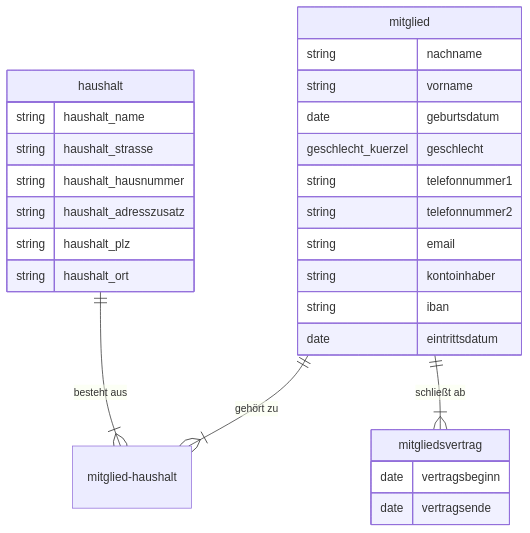
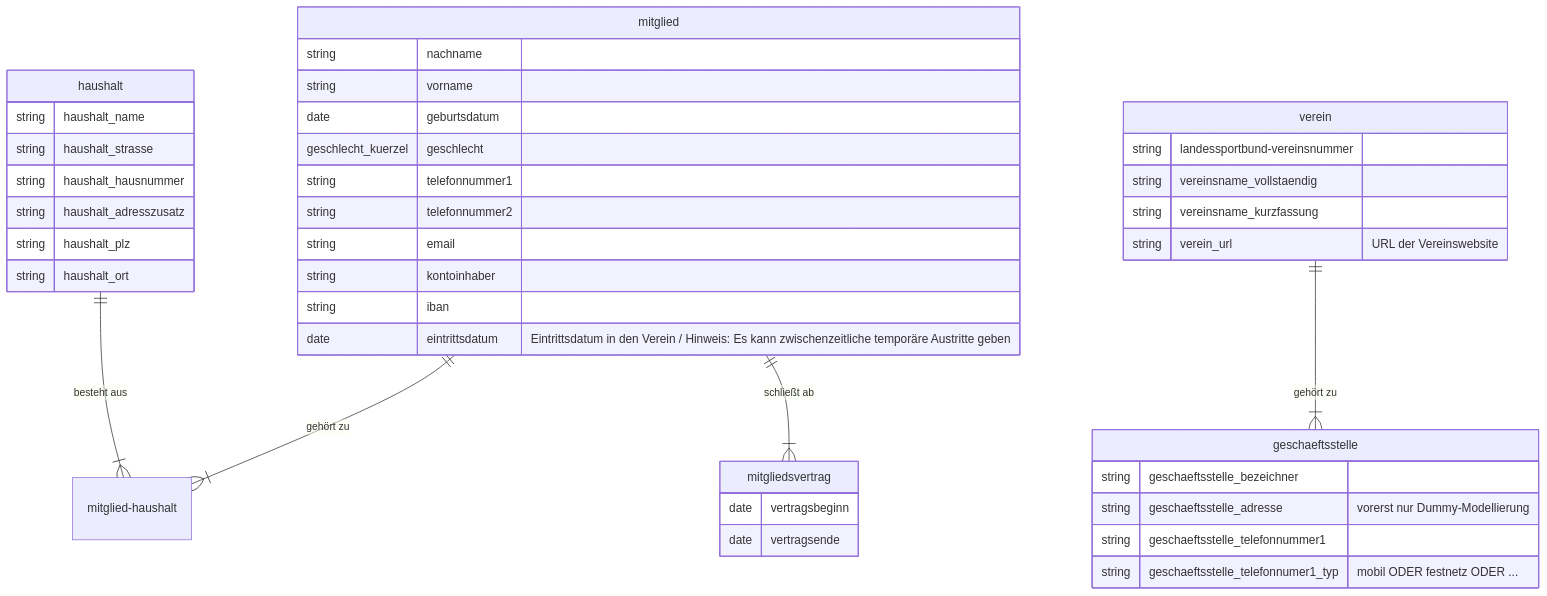
The diagram in database-schema/sportyweb-schema.md (Lehrstuhl-BWL-EvIS/sportyweb), drawn with Mermaid before and after one commit.

````diff
--- a/database-schema/sportyweb-schema.md
+++ b/database-schema/sportyweb-schema.md
@@ -28,34 +28,52 @@
 ```mermaid
 erDiagram
           mitglied ||--|{ mitglied-haushalt : "gehört zu"
           haushalt ||--|{ mitglied-haushalt : "besteht aus"
           mitglied ||--|{ mitgliedsvertrag : "schließt ab"
           
 
           mitglied {
             string nachname
             string vorname
             date geburtsdatum
             geschlecht_kuerzel geschlecht
             string telefonnummer1
             string telefonnummer2
             string email
             string kontoinhaber
             string iban
-            date eintrittsdatum
+            date eintrittsdatum "Eintrittsdatum in den Verein / Hinweis: Es kann zwischenzeitliche temporäre Austritte geben"
           }
 
           haushalt {
             string haushalt_name
             string haushalt_strasse
             string haushalt_hausnummer
             string haushalt_adresszusatz
             string haushalt_plz
             string haushalt_ort
           }
 
           mitgliedsvertrag {
             date vertragsbeginn
             date vertragsende
           }
+
+
+
+          verein ||--|{ geschaeftsstelle : "gehört zu"
+
+          verein {
+            string landessportbund-vereinsnummer
+            string vereinsname_vollstaendig
+            string vereinsname_kurzfassung
+            string verein_url "URL der Vereinswebsite"
+          }
+
+          geschaeftsstelle {
+            string geschaeftsstelle_bezeichner
+            string geschaeftsstelle_adresse "vorerst nur Dummy-Modellierung"
+            string geschaeftsstelle_telefonnummer1
+            string geschaeftsstelle_telefonnumer1_typ "mobil ODER festnetz ODER ..."
+          }
 ```
````
